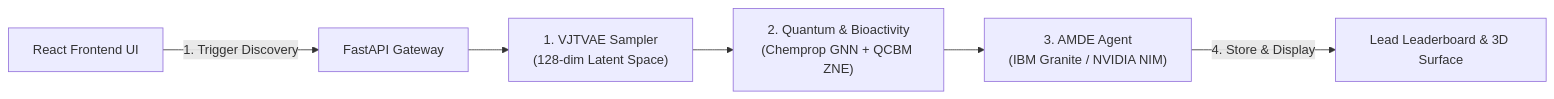
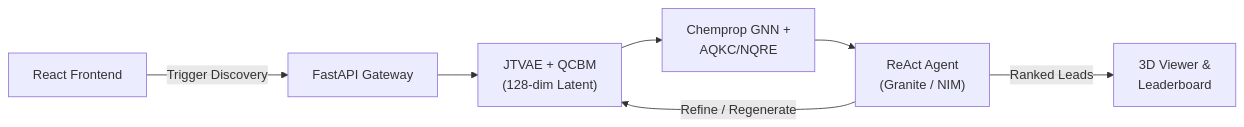
The diagram in README.md (Anuj-ipynb/NovaQure), drawn with Mermaid before and after one commit. The commit also changed other lines of this file, not shown here.

````diff
--- a/README.md
+++ b/README.md
@@ -56,8 +83,9 @@
 ```mermaid
 graph LR
-    A["React Frontend UI"] -->|1. Trigger Discovery| B["FastAPI Gateway"]
-    B --> C["1. VJTVAE Sampler<br/>(128-dim Latent Space)"]
-    C --> D["2. Quantum & Bioactivity<br/>(Chemprop GNN + QCBM ZNE)"]
-    D --> E["3. AMDE Agent<br/>(IBM Granite / NVIDIA NIM)"]
-    E -->|4. Store & Display| F["Lead Leaderboard & 3D Surface"]
+    A["React Frontend"] -->|Trigger Discovery| B["FastAPI Gateway"]
+    B --> C["JTVAE + QCBM<br/>(128-dim Latent)"]
+    C --> D["Chemprop GNN +<br/>AQKC/NQRE"]
+    D --> E["ReAct Agent<br/>(Granite / NIM)"]
+    E -->|Ranked Leads| F["3D Viewer &<br/>Leaderboard"]
+    E -->|Refine / Regenerate| C
 ```
````
